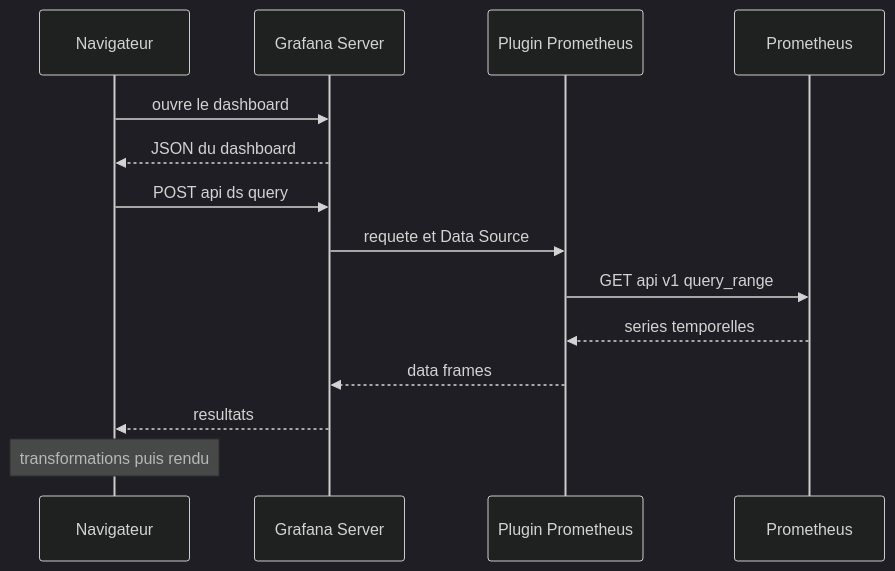
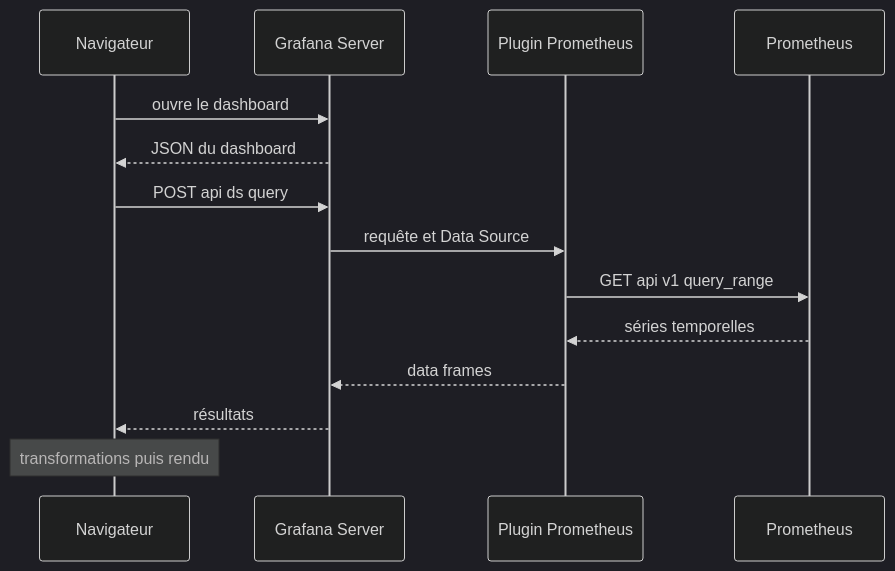
Before and after one commit to Gooseppr/GevOps_LC: the second of 2 diagrams in courses/grafana/02_architecture_ecosysteme.md, drawn with Mermaid (dark theme). The commit also changed other lines of this file and 56 other files, not shown here.

````diff
--- a/courses/grafana/02_architecture_ecosysteme.md
+++ b/courses/grafana/02_architecture_ecosysteme.md
@@ -170,16 +175,16 @@
 ```mermaid
 sequenceDiagram
     participant N as Navigateur
     participant S as Grafana Server
     participant P as Plugin Prometheus
     participant B as Prometheus
     N->>S: ouvre le dashboard
     S-->>N: JSON du dashboard
     N->>S: POST api ds query
-    S->>P: requete et Data Source
+    S->>P: requête et Data Source
     P->>B: GET api v1 query_range
-    B-->>P: series temporelles
+    B-->>P: séries temporelles
     P-->>S: data frames
-    S-->>N: resultats
+    S-->>N: résultats
     Note over N: transformations puis rendu
 ```
````
